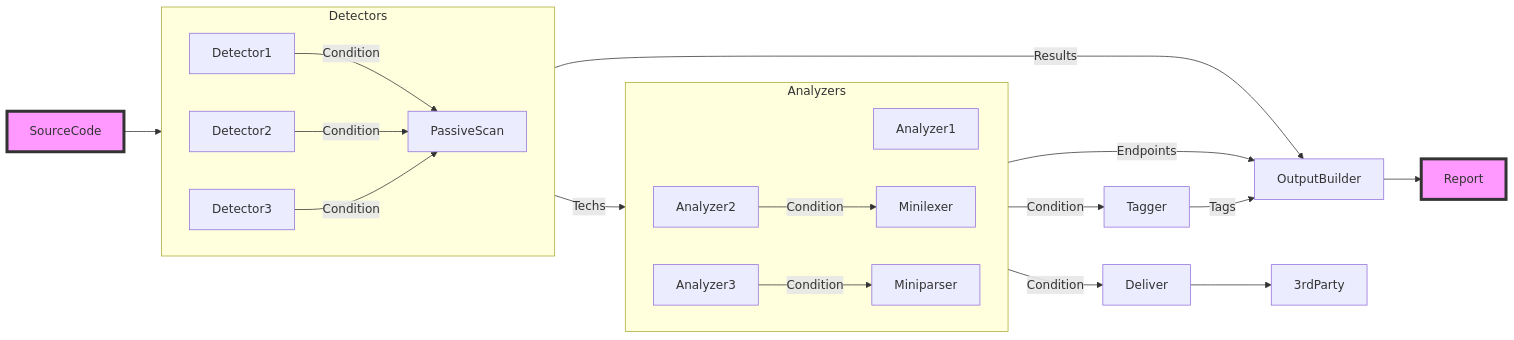
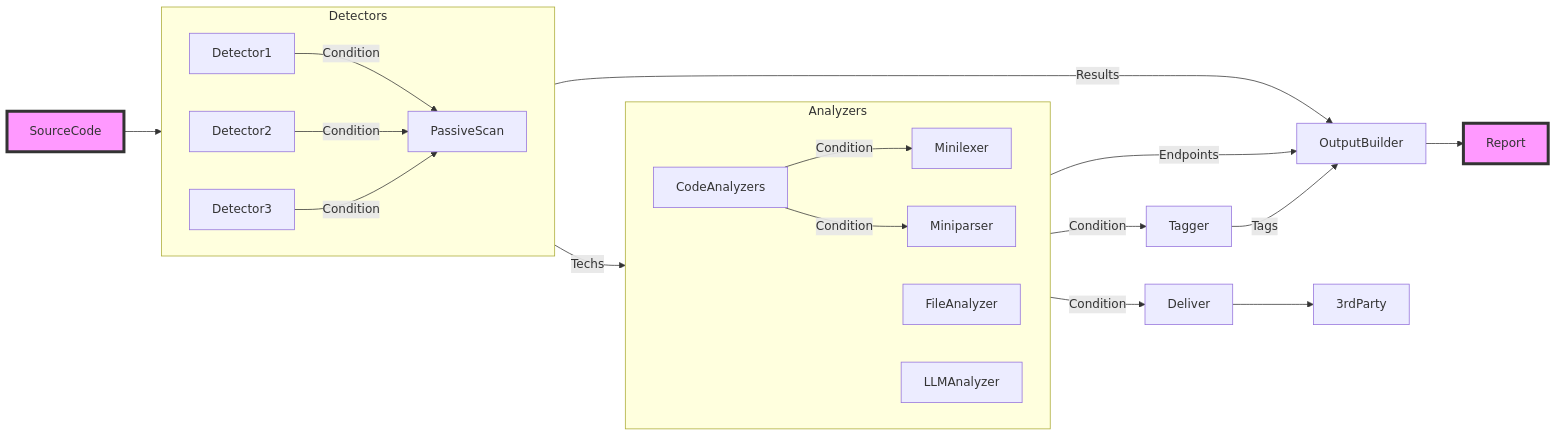
One commit to owasp-noir/noir changed the diagram in docs/index.md. Above: the diagram before and after it, drawn with Mermaid. The commit also changed 1 other file, not shown here.

Commit message:
docs: Update analyzer names for clarity in documentation

````diff
--- a/docs/index.md
+++ b/docs/index.md
@@ -37,29 +37,29 @@
 ```mermaid
 flowchart LR
     SourceCode:::highlight --> Detectors
 
     subgraph Detectors
         direction LR
         Detector1 & Detector2 & Detector3 --> |Condition| PassiveScan
     end
 
     PassiveScan --> |Results| OutputBuilder
 
     Detectors --> |Techs| Analyzers
 
     subgraph Analyzers
         direction LR
-        Analyzer1 & Analyzer2 & Analyzer3
-        Analyzer2 --> |Condition| Minilexer
-        Analyzer3 --> |Condition| Miniparser
+        CodeAnalyzers & FileAnalyzer & LLMAnalyzer
+        CodeAnalyzers --> |Condition| Minilexer
+        CodeAnalyzers --> |Condition| Miniparser
     end
 
     Analyzers --> |Condition| Deliver
     Analyzers --> |Condition| Tagger
     Deliver --> 3rdParty
     Tagger --> |Tags| OutputBuilder
     Analyzers --> |Endpoints| OutputBuilder
     OutputBuilder --> Report:::highlight
 
     classDef highlight fill:#f9f,stroke:#333,stroke-width:4px;
 ```
````
